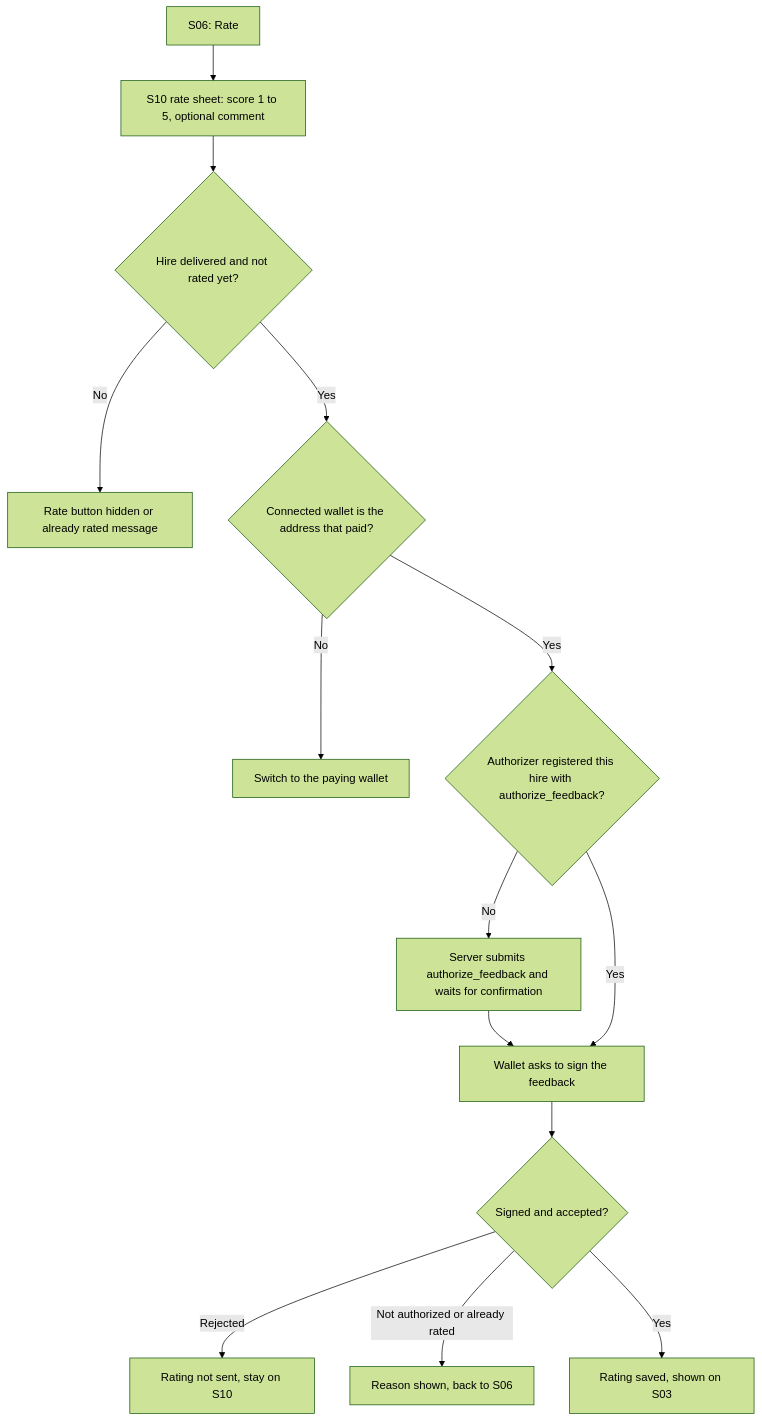
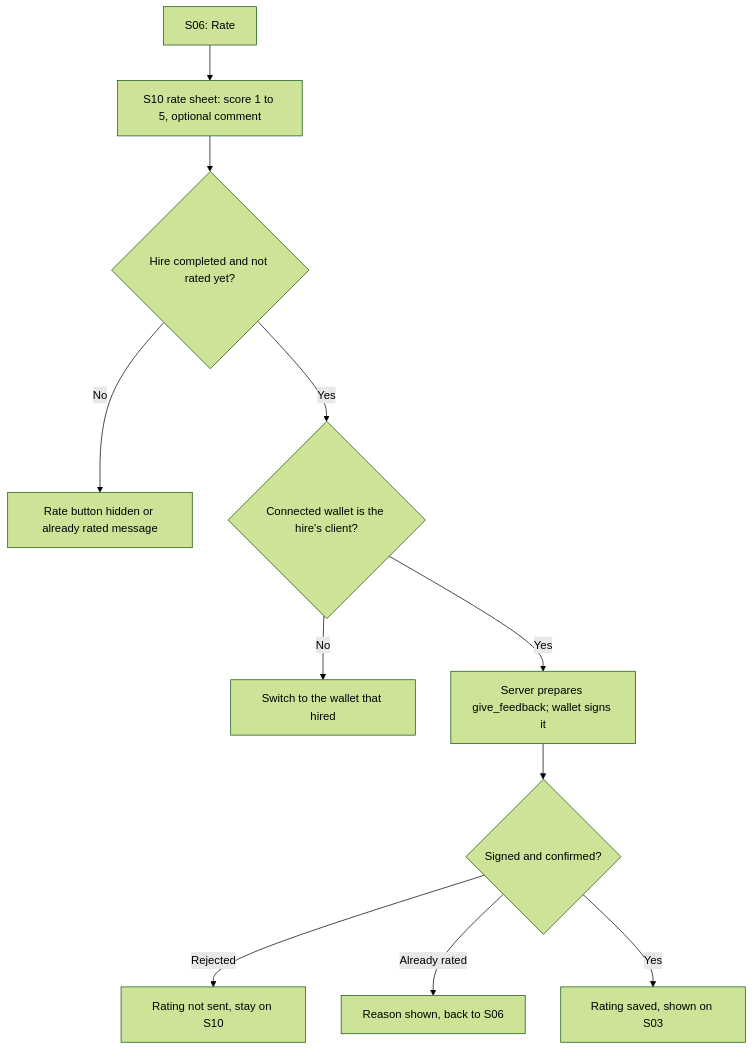
Before and after one commit to Zer0-Knowledge-Hack/puls3: the seventh of 7 diagrams in docs/blueprints/flows.md, drawn with Mermaid (forest theme). The commit also changed other lines of this file, not shown here.

````diff
--- a/docs/blueprints/flows.md
+++ b/docs/blueprints/flows.md
@@ -193,16 +216,13 @@
 ```mermaid
 flowchart TD
   A["S06: Rate"] --> B["S10 rate sheet: score 1 to 5, optional comment"]
-  B --> C{"Hire delivered and not rated yet?"}
+  B --> C{"Hire completed and not rated yet?"}
   C -- No --> C1["Rate button hidden or already rated message"]
-  C -- Yes --> K{"Connected wallet is the address that paid?"}
-  K -- No --> K1["Switch to the paying wallet"]
-  K -- Yes --> Z{"Authorizer registered this hire with authorize_feedback?"}
-  Z -- No --> Z1["Server submits authorize_feedback and waits for confirmation"]
-  Z1 --> D
-  Z -- Yes --> D["Wallet asks to sign the feedback"]
-  D --> E{"Signed and accepted?"}
+  C -- Yes --> K{"Connected wallet is the hire's client?"}
+  K -- No --> K1["Switch to the wallet that hired"]
+  K -- Yes --> D["Server prepares give_feedback; wallet signs it"]
+  D --> E{"Signed and confirmed?"}
   E -- "Rejected" --> E1["Rating not sent, stay on S10"]
-  E -- "Not authorized or already rated" --> E2["Reason shown, back to S06"]
+  E -- "Already rated" --> E2["Reason shown, back to S06"]
   E -- Yes --> F["Rating saved, shown on S03"]
 ```
````
